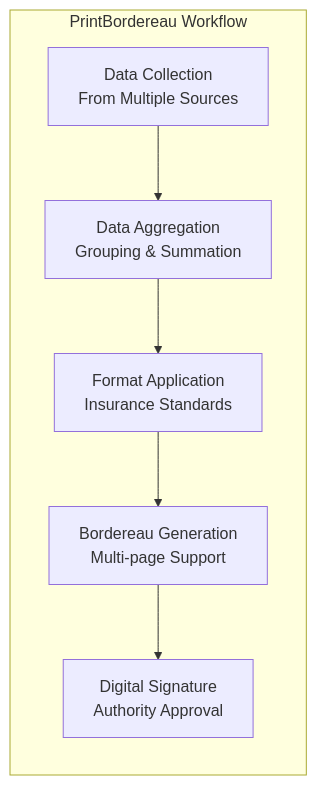
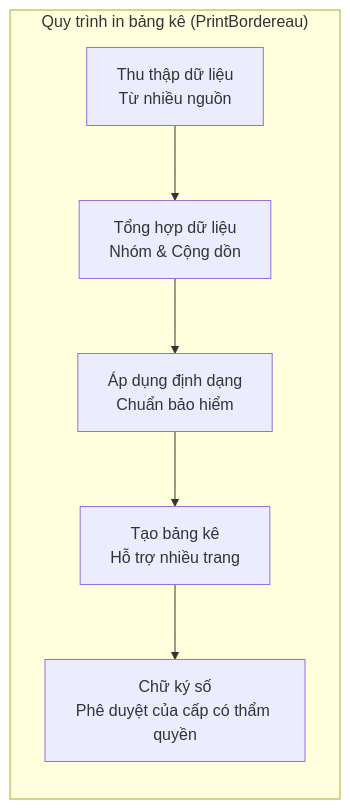
Before and after one commit to thangpnb/HIS: the fourth of 14 diagrams in docs/his-ba-documentation/04-integrations/helper-plugins.md, drawn with Mermaid. The commit also changed other lines of this file and 30 other files, not shown here.

Commit message:
Refactor architecture docs and update translations

````diff
--- a/docs/his-ba-documentation/04-integrations/helper-plugins.md
+++ b/docs/his-ba-documentation/04-integrations/helper-plugins.md
@@ -157,15 +157,15 @@
 ```mermaid
 graph LR
-    subgraph "PrintBordereau Workflow"
-        DataCollection["Data Collection<br/>From Multiple Sources"]
-        Aggregation["Data Aggregation<br/>Grouping & Summation"]
-        Formatting["Format Application<br/>Insurance Standards"]
-        Generation["Bordereau Generation<br/>Multi-page Support"]
-        Signature["Digital Signature<br/>Authority Approval"]
+    subgraph "Quy trình in bảng kê (PrintBordereau)"
+        DataCollection["Thu thập dữ liệu<br/>Từ nhiều nguồn"]
+        Aggregation["Tổng hợp dữ liệu<br/>Nhóm & Cộng dồn"]
+        Formatting["Áp dụng định dạng<br/>Chuẩn bảo hiểm"]
+        Generation["Tạo bảng kê<br/>Hỗ trợ nhiều trang"]
+        Signature["Chữ ký số<br/>Phê duyệt của cấp có thẩm quyền"]
     end
     
     DataCollection --> Aggregation
     Aggregation --> Formatting
     Formatting --> Generation
     Generation --> Signature
 ```
````
